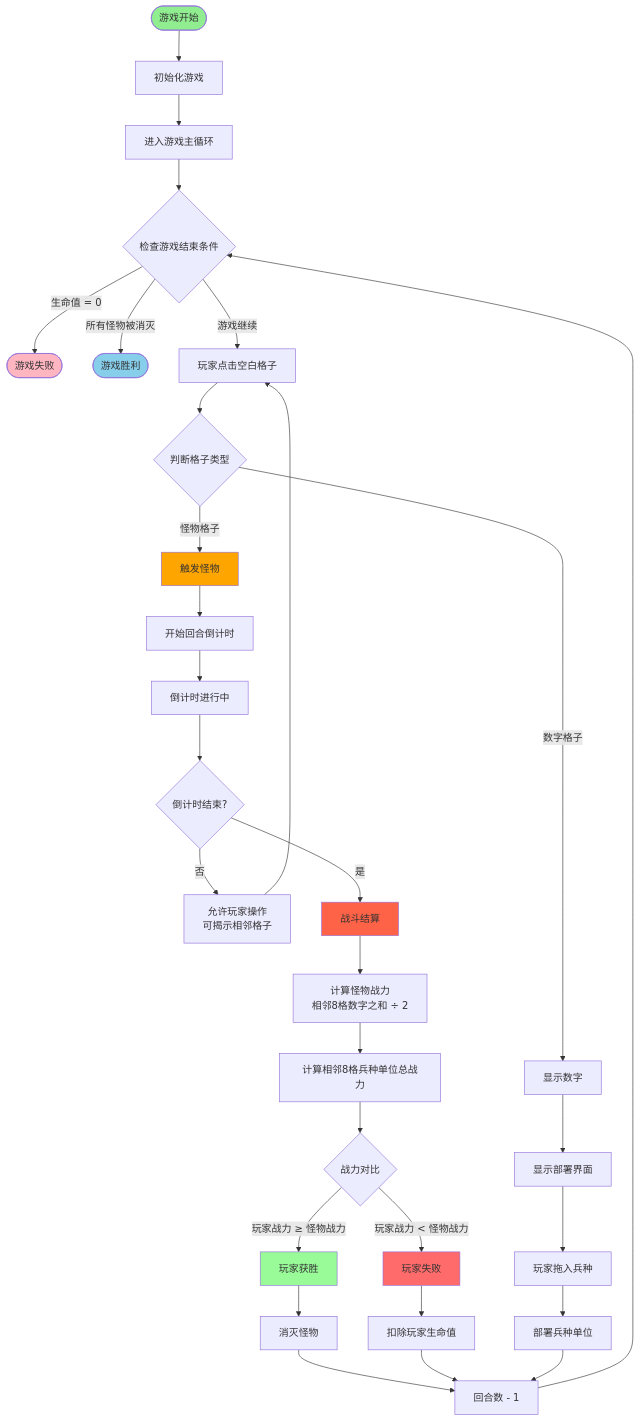
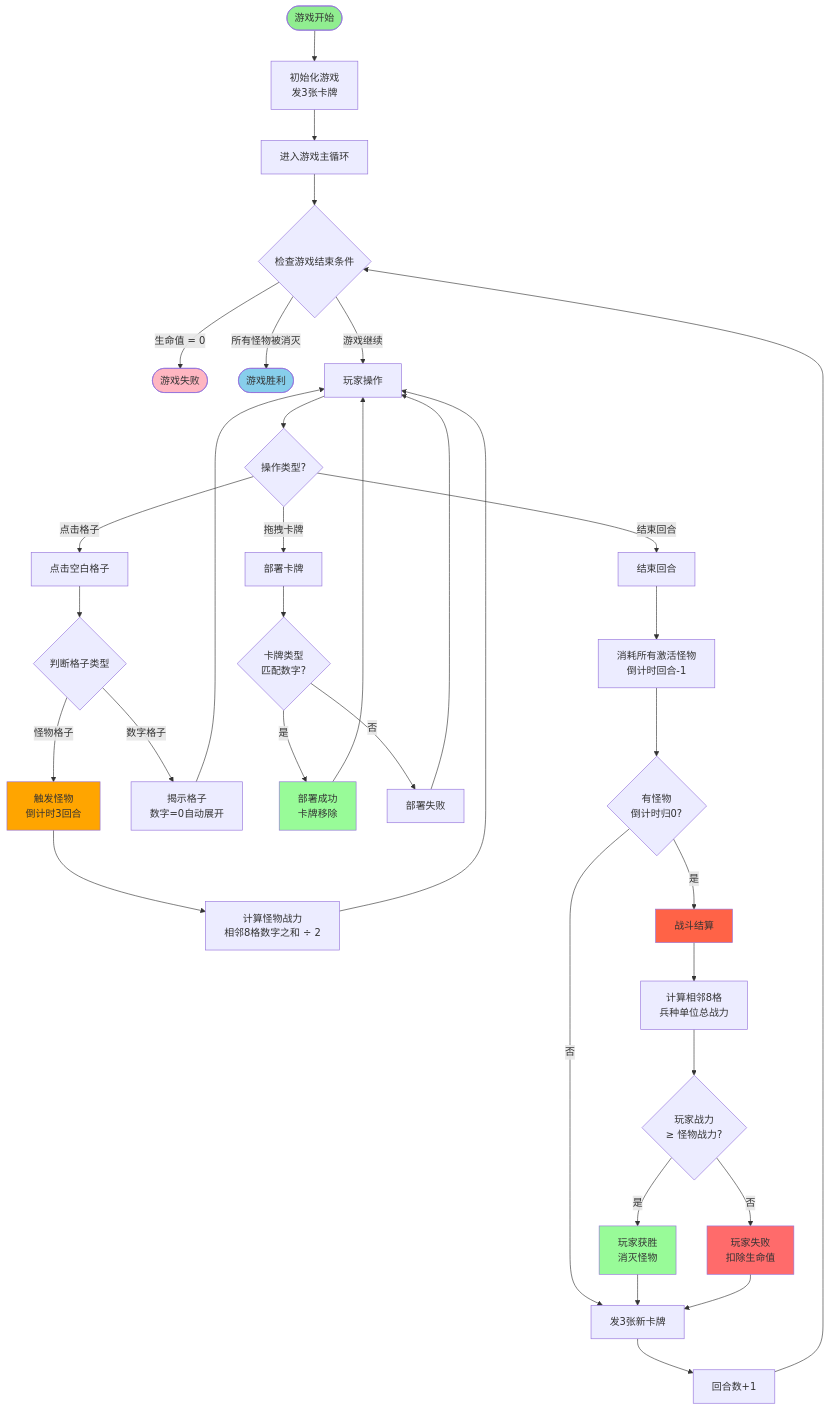
One commit to JourneyHans/MinefieldBattle changed the first of 4 diagrams in doc/流程图.md. Above: the diagram before and after it, drawn with Mermaid. The commit also changed other lines of this file and 2 other files, not shown here.

````diff
--- a/doc/流程图.md
+++ b/doc/流程图.md
@@ -23,51 +37,61 @@
 ```mermaid
 flowchart TD
-    Start([游戏开始]) --> InitGame[初始化游戏]
+    Start([游戏开始]) --> InitGame[初始化游戏<br/>发3张卡牌]
     InitGame --> GameLoop[进入游戏主循环]
     
     GameLoop --> CheckGameOver{检查游戏结束条件}
     
     CheckGameOver -->|生命值 = 0| GameFail([游戏失败])
     CheckGameOver -->|所有怪物被消灭| GameWin([游戏胜利])
-    CheckGameOver -->|游戏继续| PlayerClick[玩家点击空白格子]
+    CheckGameOver -->|游戏继续| PlayerAction[玩家操作]
     
-    PlayerClick --> CheckCellType{判断格子类型}
+    PlayerAction --> ActionType{操作类型?}
     
-    CheckCellType -->|怪物格子| TriggerMonster[触发怪物]
-    CheckCellType -->|数字格子| ShowNumber[显示数字]
+    ActionType -->|点击格子| ClickCell[点击空白格子]
+    ActionType -->|拖拽卡牌| DeployCard[部署卡牌]
+    ActionType -->|结束回合| EndTurn[结束回合]
     
-    TriggerMonster --> StartCountdown[开始回合倒计时]
-    StartCountdown --> CountdownLoop[倒计时进行中]
-    CountdownLoop --> CheckCountdown{倒计时结束?}
-    CheckCountdown -->|否| AllowAction[允许玩家操作<br/>可揭示相邻格子]
-    AllowAction --> PlayerClick
+    ClickCell --> CheckCellType{判断格子类型}
+    
+    CheckCellType -->|怪物格子| TriggerMonster[触发怪物<br/>倒计时3回合]
+    CheckCellType -->|数字格子| RevealCell[揭示格子<br/>数字=0自动展开]
+    
+    TriggerMonster --> CalcMonsterPower[计算怪物战力<br/>相邻8格数字之和 ÷ 2]
+    CalcMonsterPower --> PlayerAction
+    
+    RevealCell --> PlayerAction
+    
+    DeployCard --> CheckMatch{卡牌类型<br/>匹配数字?}
+    CheckMatch -->|是| DeploySuccess[部署成功<br/>卡牌移除]
+    CheckMatch -->|否| DeployFail[部署失败]
+    
+    DeploySuccess --> PlayerAction
+    DeployFail --> PlayerAction
+    
+    EndTurn --> ConsumeCountdown[消耗所有激活怪物<br/>倒计时回合-1]
+    ConsumeCountdown --> CheckCountdown{有怪物<br/>倒计时归0?}
+    
     CheckCountdown -->|是| BattleSettlement[战斗结算]
+    CheckCountdown -->|否| DealCards[发3张新卡牌]
     
-    BattleSettlement --> CalcMonsterPower[计算怪物战力<br/>相邻8格数字之和 ÷ 2]
-    CalcMonsterPower --> CalcPlayerPower[计算相邻8格兵种单位总战力]
-    CalcPlayerPower --> ComparePower{战力对比}
+    BattleSettlement --> CalcPlayerPower[计算相邻8格<br/>兵种单位总战力]
+    CalcPlayerPower --> ComparePower{玩家战力<br/>≥ 怪物战力?}
     
-    ComparePower -->|玩家战力 ≥ 怪物战力| PlayerWin[玩家获胜]
-    ComparePower -->|玩家战力 < 怪物战力| PlayerLose[玩家失败]
+    ComparePower -->|是| PlayerWin[玩家获胜<br/>消灭怪物]
+    ComparePower -->|否| PlayerLose[玩家失败<br/>扣除生命值]
     
-    PlayerWin --> DestroyMonster[消灭怪物]
-    PlayerLose --> DeductHealth[扣除玩家生命值]
+    PlayerWin --> DealCards
+    PlayerLose --> DealCards
     
-    DestroyMonster --> UpdateRound
-    DeductHealth --> UpdateRound
-    
-    ShowNumber --> ShowDeployUI[显示部署界面]
-    ShowDeployUI --> PlayerDrag[玩家拖入兵种]
-    PlayerDrag --> DeployUnit[部署兵种单位]
-    DeployUnit --> UpdateRound
-    
-    UpdateRound[回合数 - 1] --> CheckGameOver
+    DealCards --> TurnPlus[回合数+1]
+    TurnPlus --> CheckGameOver
     
     style Start fill:#90EE90
     style GameWin fill:#87CEEB
     style GameFail fill:#FFB6C1
     style TriggerMonster fill:#FFA500
     style BattleSettlement fill:#FF6347
     style PlayerWin fill:#98FB98
     style PlayerLose fill:#FF6B6B
+    style DeploySuccess fill:#98FB98
 ```
````
